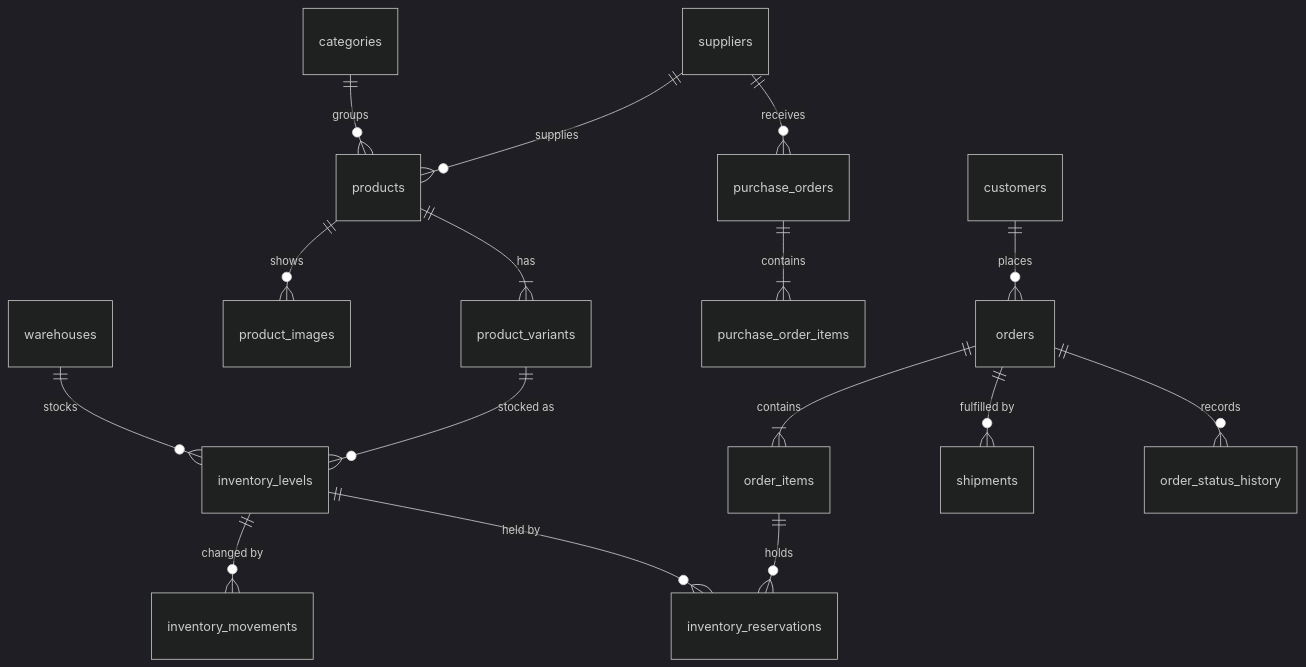
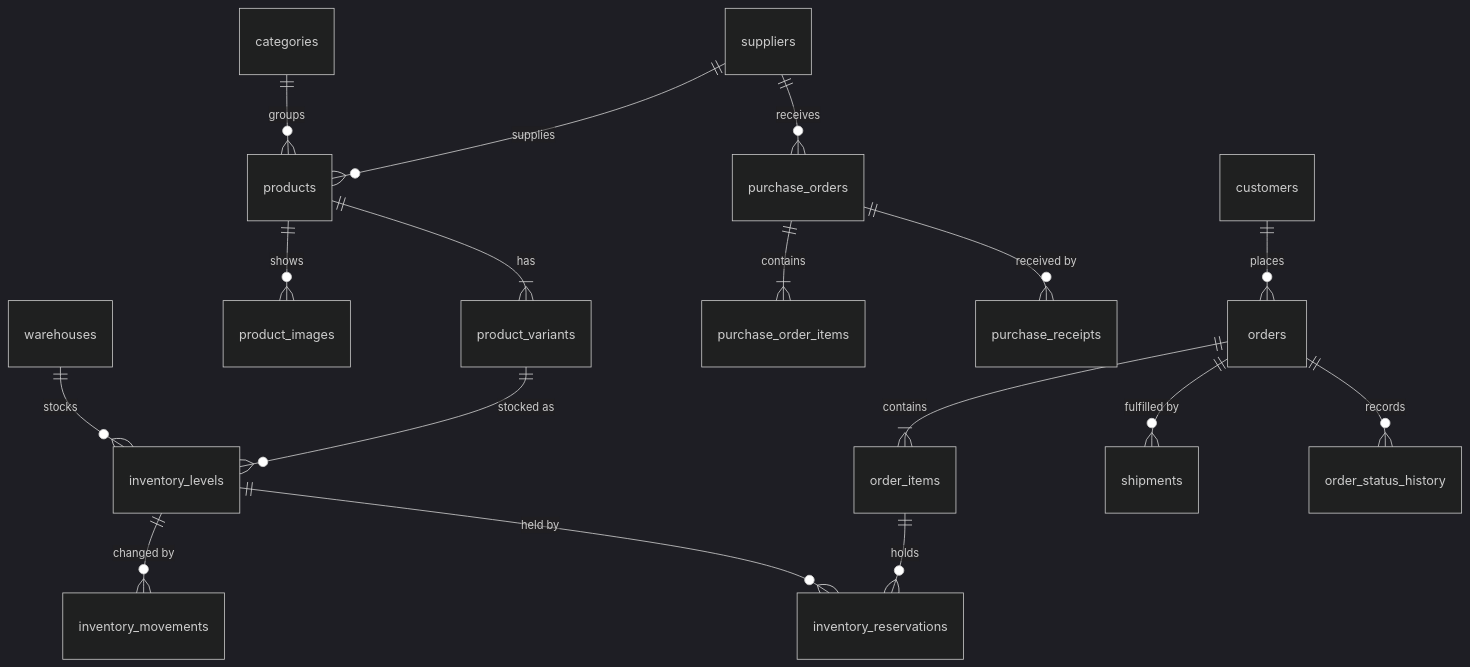
The second of 2 diagrams in ARCHITECTURE.md (rahmanmostafijur/solmira), drawn with Mermaid (dark theme) before and after one commit. The commit also changed other lines of this file and 66 other files, not shown here.

First line of the commit message:
feat(purchasing): implement transactional idempotent receiving and update architecture

````diff
--- a/ARCHITECTURE.md
+++ b/ARCHITECTURE.md
@@ -188,18 +204,19 @@
 ```mermaid
 erDiagram
   categories ||--o{ products : groups
   suppliers ||--o{ products : supplies
   products ||--|{ product_variants : has
   products ||--o{ product_images : shows
   warehouses ||--o{ inventory_levels : stocks
   product_variants ||--o{ inventory_levels : "stocked as"
   inventory_levels ||--o{ inventory_movements : "changed by"
   inventory_levels ||--o{ inventory_reservations : "held by"
   suppliers ||--o{ purchase_orders : receives
   purchase_orders ||--|{ purchase_order_items : contains
+  purchase_orders ||--o{ purchase_receipts : "received by"
   customers ||--o{ orders : places
   orders ||--|{ order_items : contains
   order_items ||--o{ inventory_reservations : holds
   orders ||--o{ shipments : "fulfilled by"
   orders ||--o{ order_status_history : records
 ```
````
